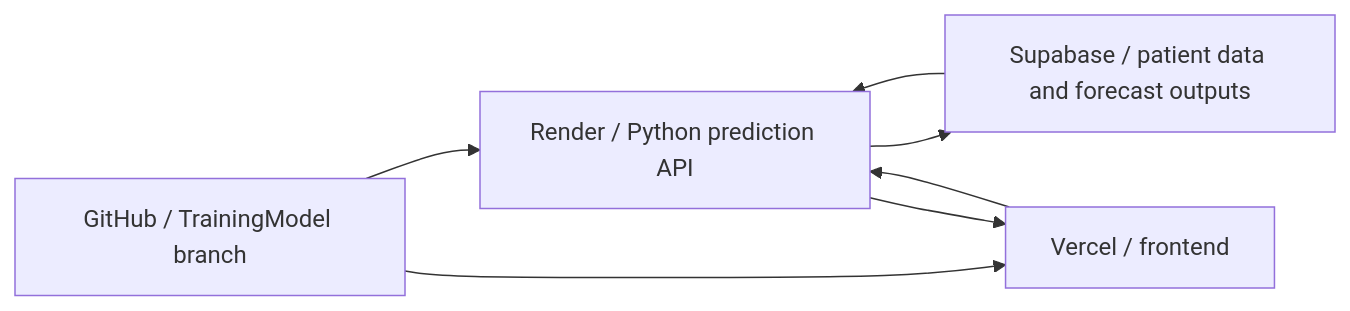
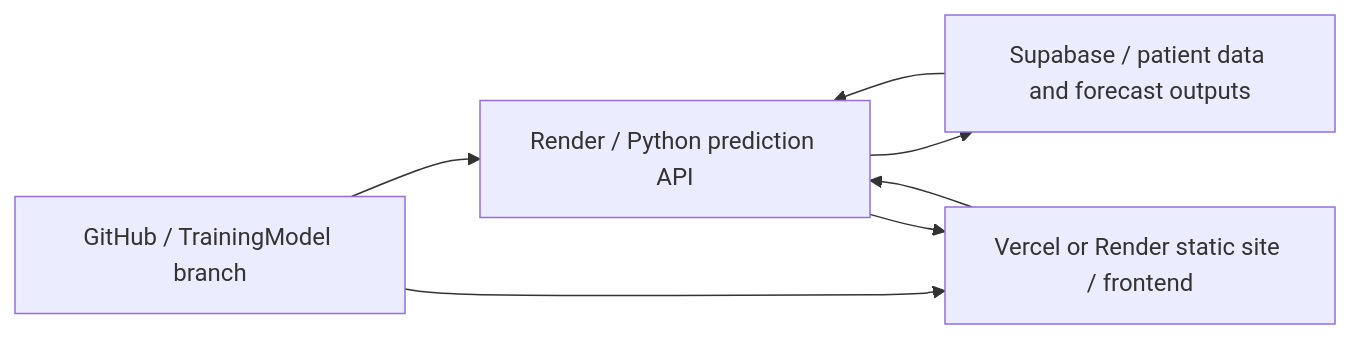
The diagram in docs/prediction-web-setup.md (AA-4499/FYP-A-Sep-2026), drawn with Mermaid before and after one commit. The commit also changed other lines of this file and 1 other file, not shown here.

Commit message:
Fix Render static site schema and align deployment instructions

````diff
--- a/docs/prediction-web-setup.md
+++ b/docs/prediction-web-setup.md
@@ -5,9 +5,9 @@
 ```mermaid
 flowchart LR
     Repo[GitHub / TrainingModel branch] --> API[Render / Python prediction API]
-    Repo --> Web[Vercel / frontend]
+    Repo --> Web[Vercel or Render static site / frontend]
     Web --> API
     API --> DB[Supabase / patient data and forecast outputs]
     DB --> API
     API --> Web
 ```
````
